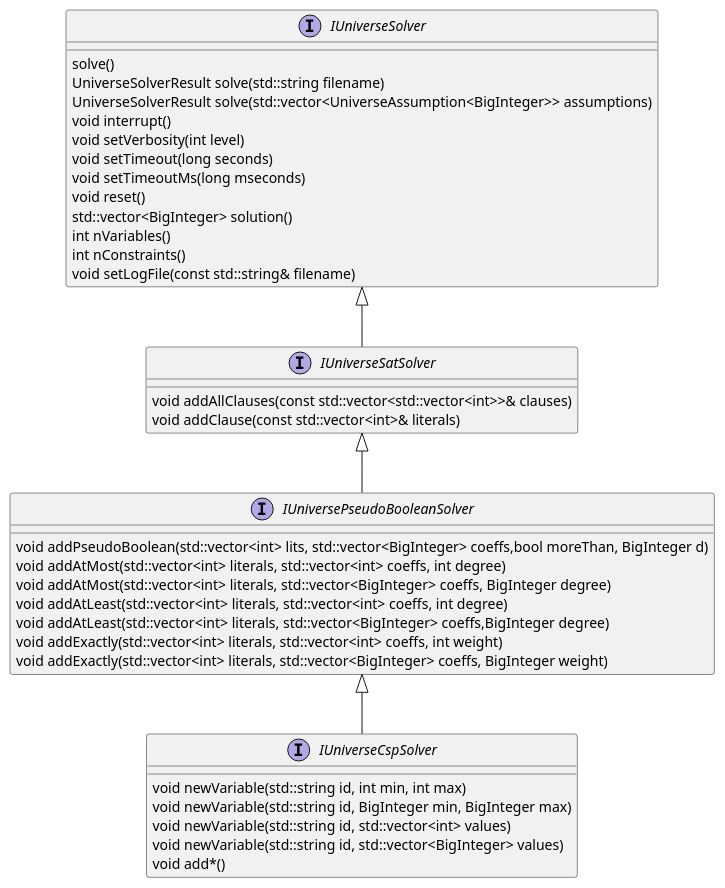
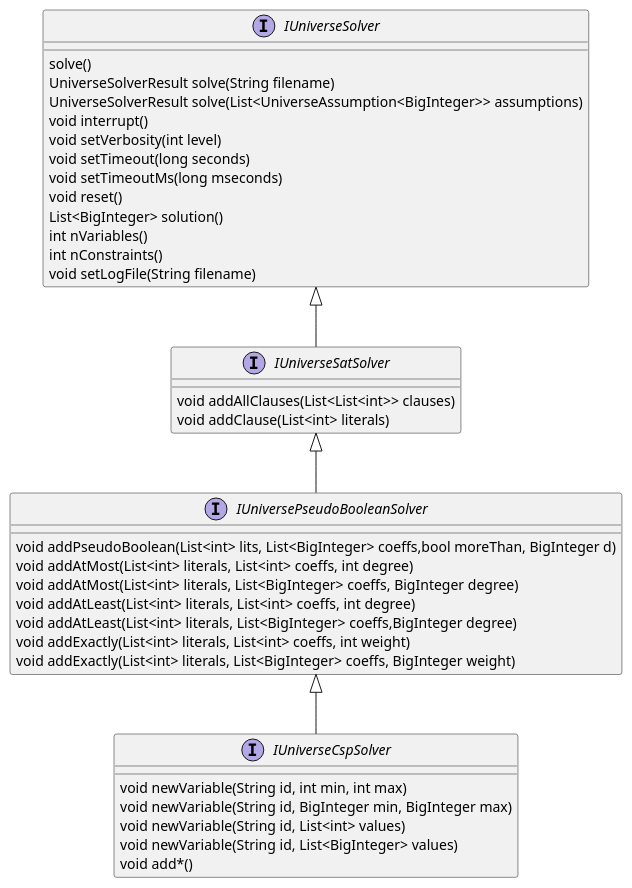
The diagram in doc/diagrams/solverinterface.plantuml (crillab/universe), drawn with PlantUML before and after one commit. The commit also changed 3 other files, not shown here.

Commit message:
fixes diagrams

```diff
--- a/doc/diagrams/solverinterface.plantuml
+++ b/doc/diagrams/solverinterface.plantuml
@@ -1,44 +1,44 @@
 @startuml
 interface       IUniverseSolver
 IUniverseSolver : solve()
-IUniverseSolver :  UniverseSolverResult solve(std::string filename)
-IUniverseSolver :  UniverseSolverResult solve(std::vector<UniverseAssumption<BigInteger>> assumptions)
+IUniverseSolver :  UniverseSolverResult solve(String filename)
+IUniverseSolver :  UniverseSolverResult solve(List<UniverseAssumption<BigInteger>> assumptions)
 IUniverseSolver :  void interrupt()
 IUniverseSolver :  void setVerbosity(int level)
 IUniverseSolver :  void setTimeout(long seconds)
 IUniverseSolver :  void setTimeoutMs(long mseconds)
 IUniverseSolver :  void reset()
-IUniverseSolver :  std::vector<BigInteger> solution()
+IUniverseSolver :  List<BigInteger> solution()
 IUniverseSolver :  int nVariables()
 IUniverseSolver :  int nConstraints()
-IUniverseSolver :  void setLogFile(const std::string& filename)
+IUniverseSolver :  void setLogFile(String filename)
 
 interface IUniverseSatSolver
-IUniverseSatSolver : void addAllClauses(const std::vector<std::vector<int>>& clauses)
-IUniverseSatSolver : void addClause(const std::vector<int>& literals)
+IUniverseSatSolver : void addAllClauses(List<List<int>> clauses)
+IUniverseSatSolver : void addClause(List<int> literals)
 
 interface IUniversePseudoBooleanSolver
-IUniversePseudoBooleanSolver : void addPseudoBoolean(std::vector<int> lits, std::vector<BigInteger> coeffs,bool moreThan, BigInteger d)
-IUniversePseudoBooleanSolver : void addAtMost(std::vector<int> literals, std::vector<int> coeffs, int degree)
-IUniversePseudoBooleanSolver : void addAtMost(std::vector<int> literals, std::vector<BigInteger> coeffs, BigInteger degree)
-IUniversePseudoBooleanSolver : void addAtLeast(std::vector<int> literals, std::vector<int> coeffs, int degree)
-IUniversePseudoBooleanSolver : void addAtLeast(std::vector<int> literals, std::vector<BigInteger> coeffs,BigInteger degree)
-IUniversePseudoBooleanSolver : void addExactly(std::vector<int> literals, std::vector<int> coeffs, int weight)
-IUniversePseudoBooleanSolver : void addExactly(std::vector<int> literals, std::vector<BigInteger> coeffs, BigInteger weight)
+IUniversePseudoBooleanSolver : void addPseudoBoolean(List<int> lits, List<BigInteger> coeffs,bool moreThan, BigInteger d)
+IUniversePseudoBooleanSolver : void addAtMost(List<int> literals, List<int> coeffs, int degree)
+IUniversePseudoBooleanSolver : void addAtMost(List<int> literals, List<BigInteger> coeffs, BigInteger degree)
+IUniversePseudoBooleanSolver : void addAtLeast(List<int> literals, List<int> coeffs, int degree)
+IUniversePseudoBooleanSolver : void addAtLeast(List<int> literals, List<BigInteger> coeffs,BigInteger degree)
+IUniversePseudoBooleanSolver : void addExactly(List<int> literals, List<int> coeffs, int weight)
+IUniversePseudoBooleanSolver : void addExactly(List<int> literals, List<BigInteger> coeffs, BigInteger weight)
 
 
 interface IUniverseCspSolver
-IUniverseCspSolver :  void newVariable(std::string id, int min, int max)
-IUniverseCspSolver : void newVariable(std::string id, BigInteger min, BigInteger max)
-IUniverseCspSolver : void newVariable(std::string id, std::vector<int> values)
-IUniverseCspSolver :  void newVariable(std::string id, std::vector<BigInteger> values)
+IUniverseCspSolver :  void newVariable(String id, int min, int max)
+IUniverseCspSolver : void newVariable(String id, BigInteger min, BigInteger max)
+IUniverseCspSolver : void newVariable(String id, List<int> values)
+IUniverseCspSolver :  void newVariable(String id, List<BigInteger> values)
 IUniverseCspSolver : void add*()
 
 
 IUniverseSolver <|-- IUniverseSatSolver
 IUniverseSatSolver <|-- IUniversePseudoBooleanSolver
 IUniversePseudoBooleanSolver <|-- IUniverseCspSolver
 
 
 
 @enduml
```
